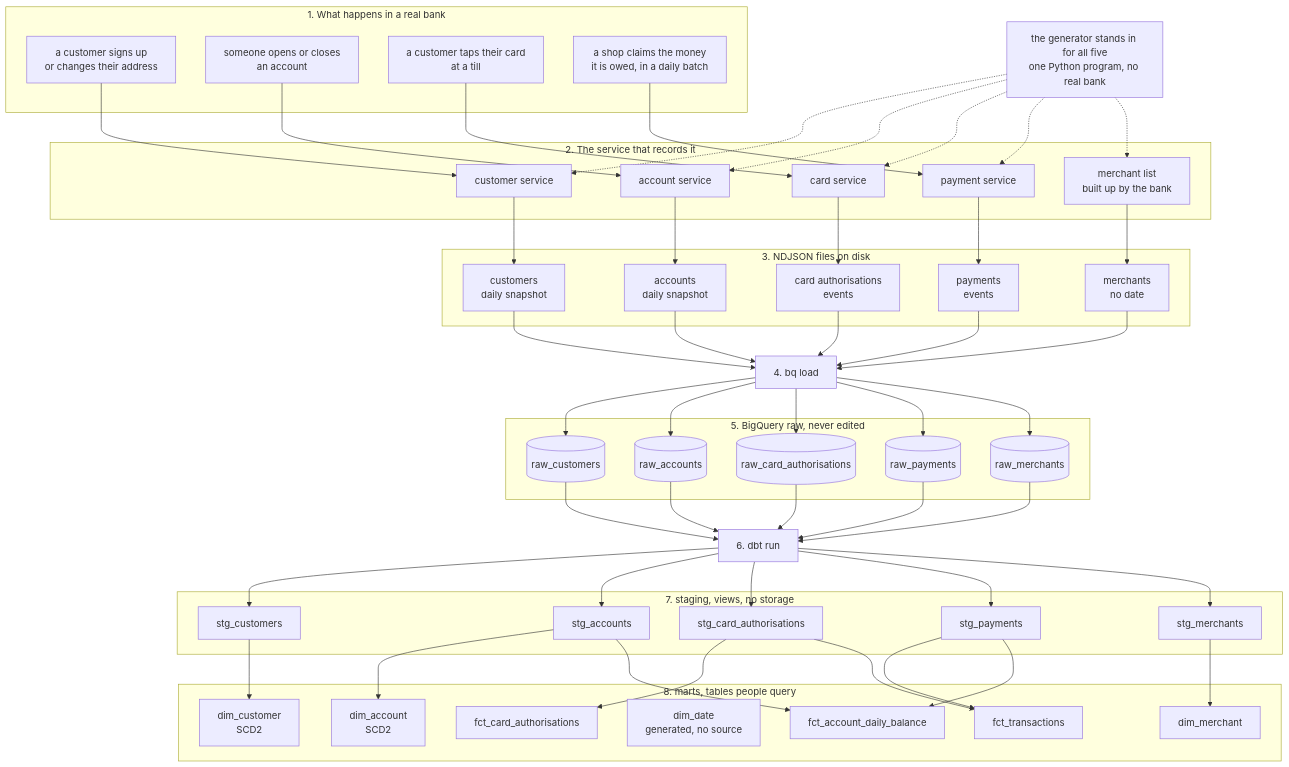
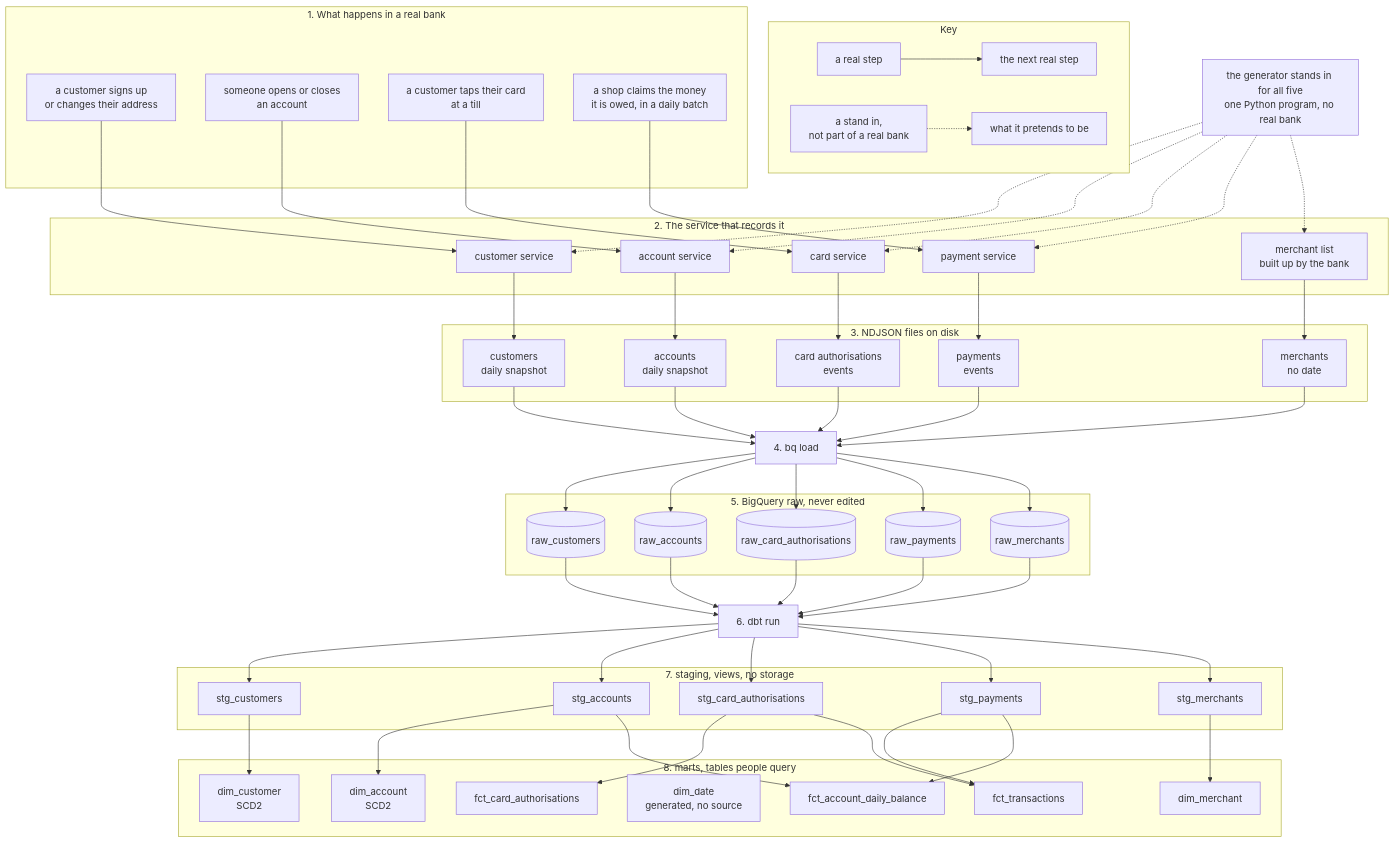
The first of 2 diagrams in docs/architecture.md (faithcodes-lab/neobank-warehouse), drawn with Mermaid before and after one commit.

Commit message:
add a key for solid and dashed lines

````diff
--- a/docs/architecture.md
+++ b/docs/architecture.md
@@ -17,5 +17,10 @@
 ```mermaid
 flowchart TD
+    subgraph key["Key"]
+        k1["a real step"] --> k2["the next real step"]
+        k3["a stand in,<br/>not part of a real bank"] -.-> k4["what it pretends to be"]
+    end
+
     subgraph world["1. What happens in a real bank"]
         w1["a customer signs up<br/>or changes their address"]
         w2["someone opens or closes<br/>an account"]
````
